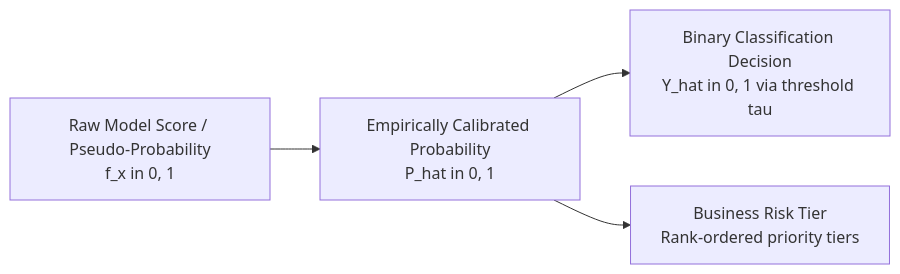
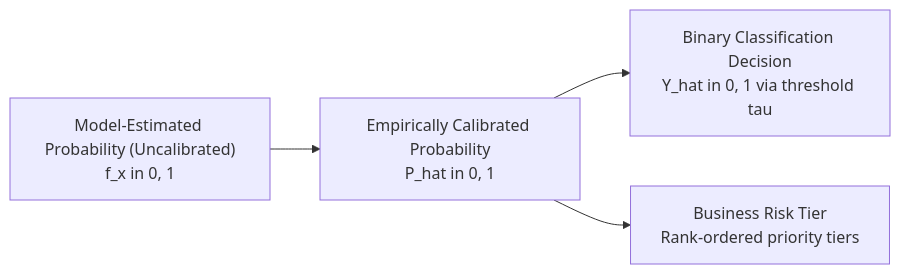
The diagram in docs/problem_definition.md (ThunderSkull7/predictlab-ml-platform), drawn with Mermaid before and after one commit. The commit also changed other lines of this file and 11 other files, not shown here.

````diff
--- a/docs/problem_definition.md
+++ b/docs/problem_definition.md
@@ -54,6 +54,6 @@
 ```mermaid
 graph LR
-    A[Raw Model Score / Pseudo-Probability<br/>f_x in 0, 1] --> B[Empirically Calibrated Probability<br/>P_hat in 0, 1]
-    B --> C[Binary Classification Decision<br/>Y_hat in 0, 1 via threshold tau]
-    B --> D[Business Risk Tier<br/>Rank-ordered priority tiers]
+    A["Model-Estimated Probability (Uncalibrated)<br/>f_x in 0, 1"] --> B["Empirically Calibrated Probability<br/>P_hat in 0, 1"]
+    B --> C["Binary Classification Decision<br/>Y_hat in 0, 1 via threshold tau"]
+    B --> D["Business Risk Tier<br/>Rank-ordered priority tiers"]
 ```
````
